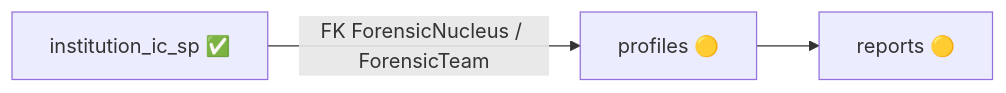
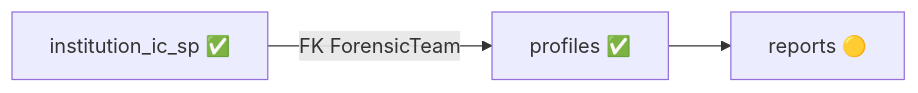
Before and after one commit to PeritoCriminal/reportline: the second of 2 diagrams in docs/architecture/04-institution-ic-sp.md, drawn with Mermaid. The commit also changed other lines of this file and 26 other files, not shown here.

First line of the commit message:
feat(profiles): implementar ForensicExaminerSP e documentar app

````diff
--- a/docs/architecture/04-institution-ic-sp.md
+++ b/docs/architecture/04-institution-ic-sp.md
@@ -239,9 +239,9 @@
 ```mermaid
 flowchart LR
     institution_ic_sp["institution_ic_sp ✅"]
-    profiles["profiles 🟡"]
+    profiles["profiles ✅"]
     reports["reports 🟡"]
 
-    institution_ic_sp -->|"FK ForensicNucleus / ForensicTeam"| profiles
+    institution_ic_sp -->|"FK ForensicTeam"| profiles
     profiles --> reports
 ```
````
